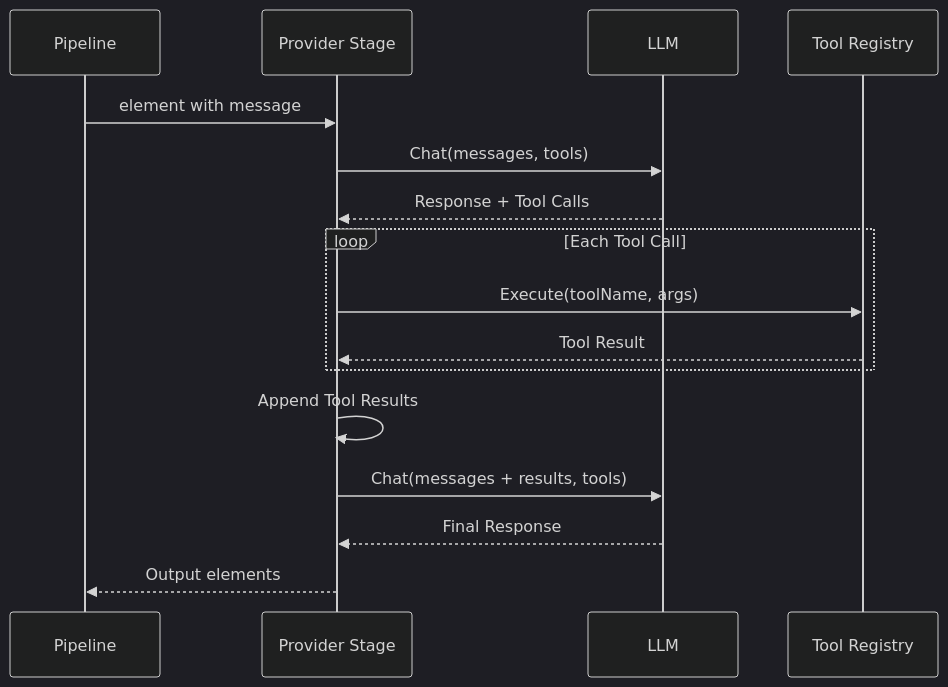
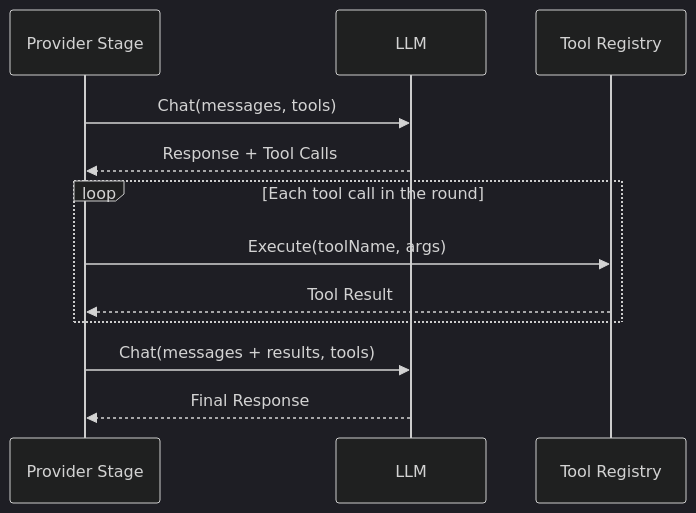
The second of 3 diagrams in docs/src/content/docs/architecture/runtime-pipeline.md (AltairaLabs/PromptKit), drawn with Mermaid (dark theme) before and after one commit. The commit also changed other lines of this file and 35 other files, not shown here.

First line of the commit message:
docs: review the explanation and architecture pages against the code (#2343)

````diff
--- a/docs/src/content/docs/architecture/runtime-pipeline.md
+++ b/docs/src/content/docs/architecture/runtime-pipeline.md
@@ -452,21 +129,17 @@
 ```mermaid
 sequenceDiagram
-    participant Pipeline
     participant Provider Stage
     participant LLM
     participant Tool Registry
 
-    Pipeline->>Provider Stage: element with message
     Provider Stage->>LLM: Chat(messages, tools)
     LLM-->>Provider Stage: Response + Tool Calls
 
-    loop Each Tool Call
+    loop Each tool call in the round
         Provider Stage->>Tool Registry: Execute(toolName, args)
         Tool Registry-->>Provider Stage: Tool Result
     end
 
-    Provider Stage->>Provider Stage: Append Tool Results
     Provider Stage->>LLM: Chat(messages + results, tools)
     LLM-->>Provider Stage: Final Response
-    Provider Stage-->>Pipeline: Output elements
 ```
````
